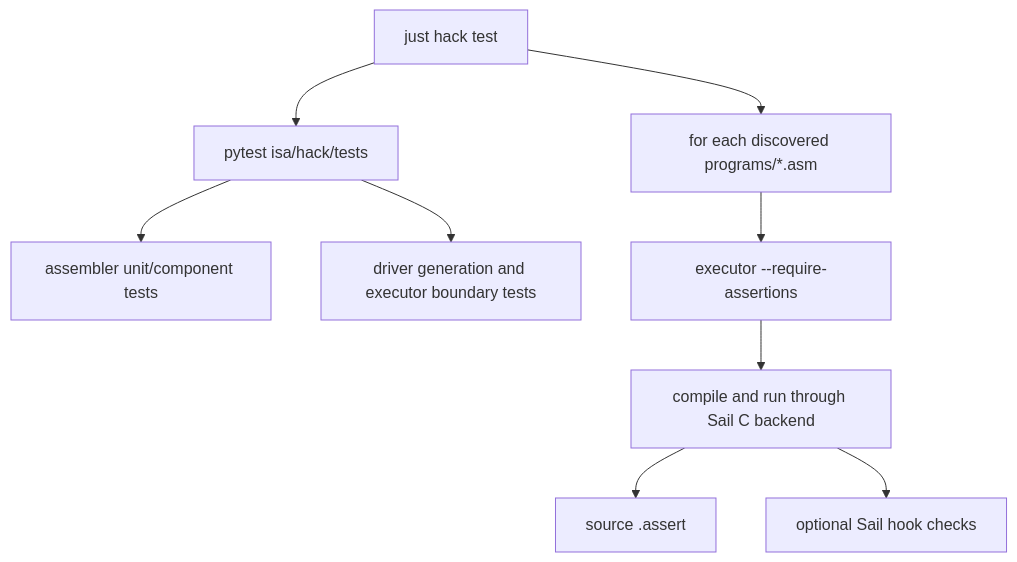
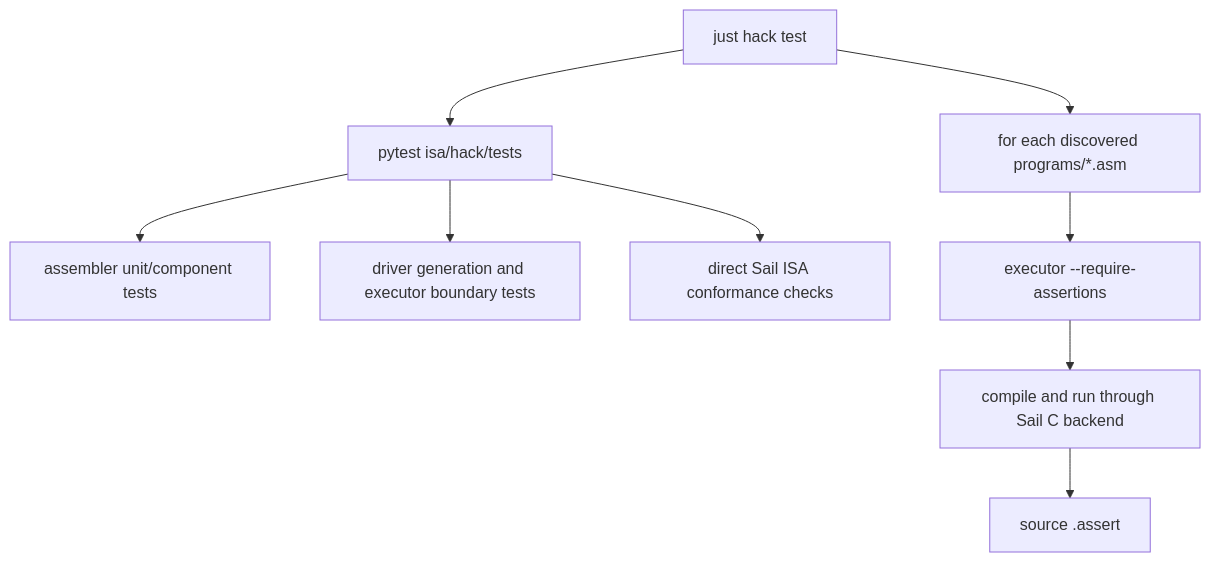
The second of 2 diagrams in site/docs/en/hack/execution.mdx (VIDLG/verylogic-workspace-sail), drawn with Mermaid before and after one commit. The commit also changed other lines of this file and 19 other files, not shown here.

````diff
--- a/site/docs/en/hack/execution.mdx
+++ b/site/docs/en/hack/execution.mdx
@@ -432,11 +390,11 @@
 ```mermaid
 flowchart TD
     Test[just hack test] --> Pytest[pytest isa/hack/tests]
     Pytest --> AsmTests[assembler unit/component tests]
     Pytest --> ExecTests[driver generation and executor boundary tests]
     Test --> Programs[for each discovered programs/*.asm]
     Programs --> Required[executor --require-assertions]
     Required --> SailRun[compile and run through Sail C backend]
     SailRun --> Assertions[source .assert]
-    SailRun --> Conformance[optional Sail hook checks]
+    Pytest --> Conformance[direct Sail ISA conformance checks]
 ```
````
